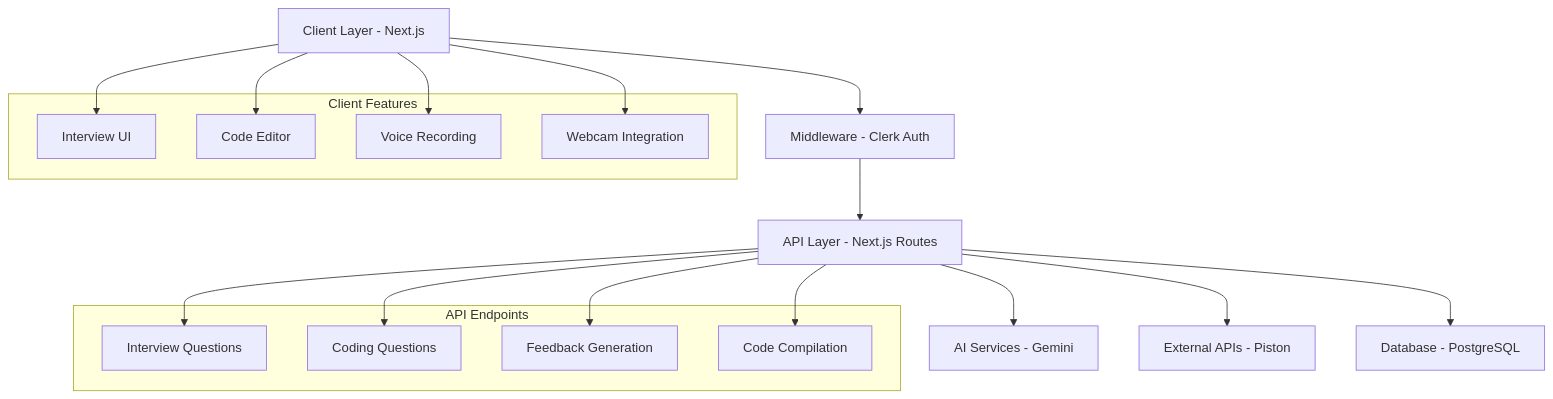
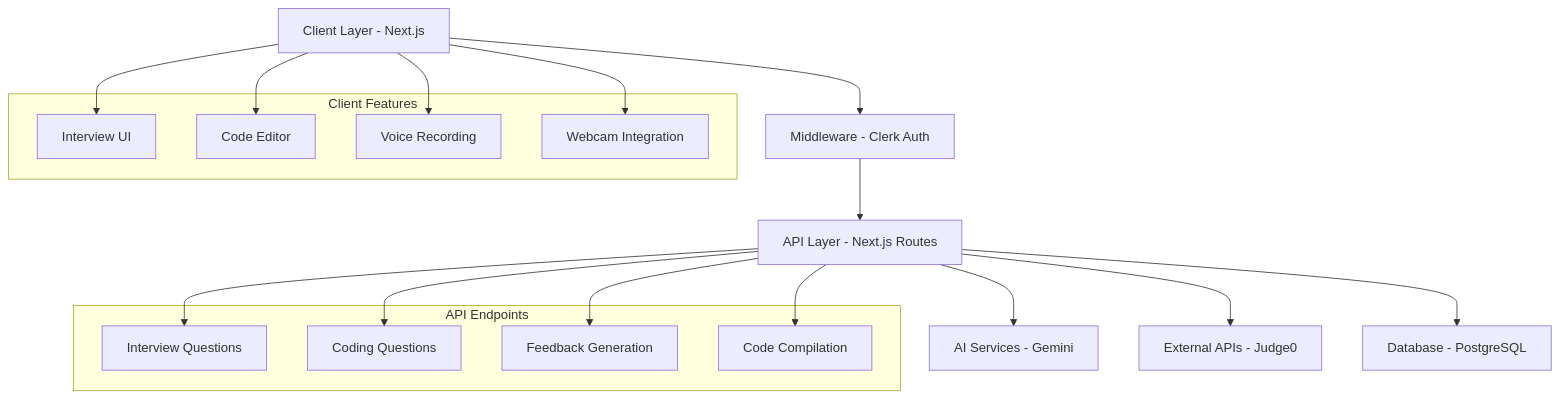
The diagram in README.md (Shivam-Prajapati-59/Intelli-Mind), drawn with Mermaid before and after one commit. The commit also changed other lines of this file and 6 other files, not shown here.

````diff
--- a/README.md
+++ b/README.md
@@ -94,32 +94,32 @@
 ```mermaid
 graph TB
     A[Client Layer - Next.js] --> B[Middleware - Clerk Auth]
     B --> C[API Layer - Next.js Routes]
     C --> D[AI Services - Gemini]
-    C --> E[External APIs - Piston]
+    C --> E[External APIs - Judge0]
     C --> F[Database - PostgreSQL]
 
     subgraph "Client Features"
         A1[Interview UI]
         A2[Code Editor]
         A3[Voice Recording]
         A4[Webcam Integration]
     end
 
     subgraph "API Endpoints"
         C1[Interview Questions]
         C2[Coding Questions]
         C3[Feedback Generation]
         C4[Code Compilation]
     end
 
     A --> A1
     A --> A2
     A --> A3
     A --> A4
 
     C --> C1
     C --> C2
     C --> C3
     C --> C4
 ```
````
